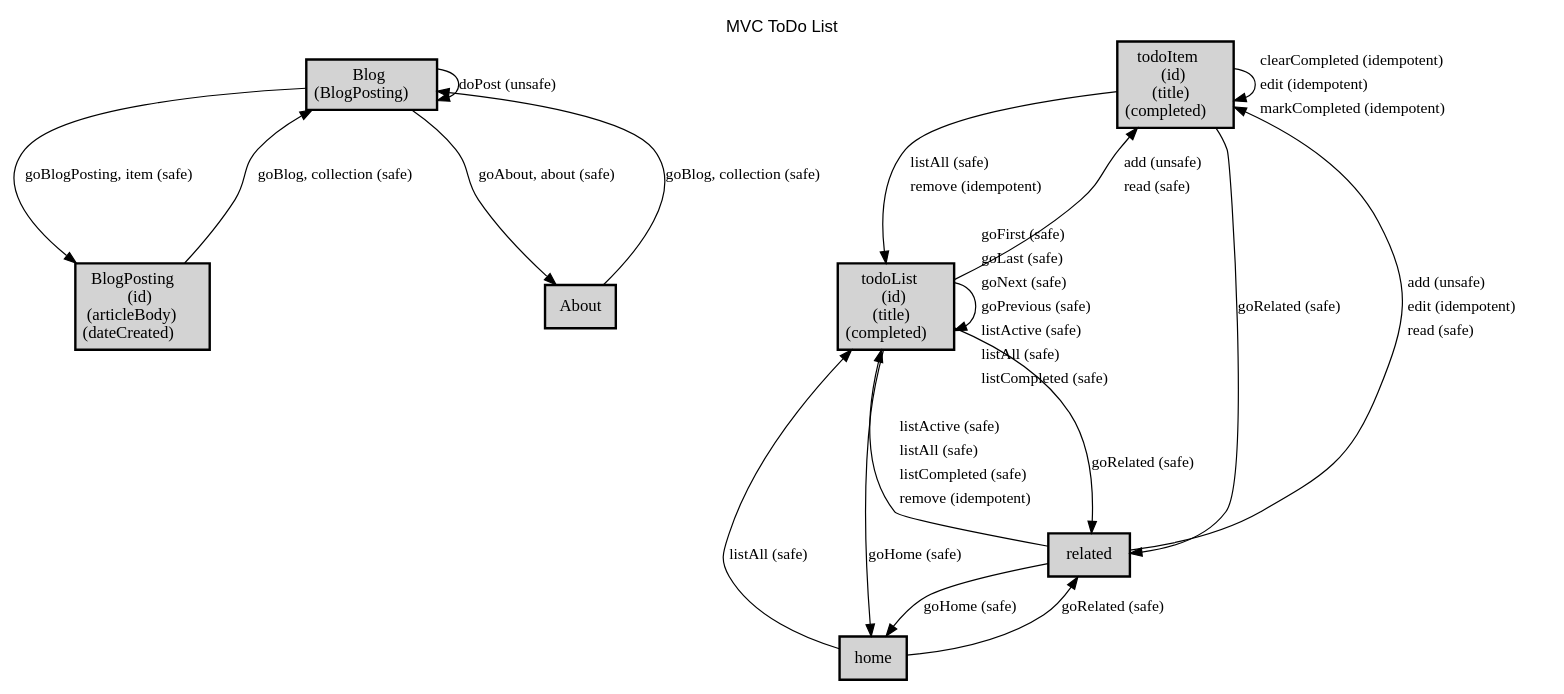
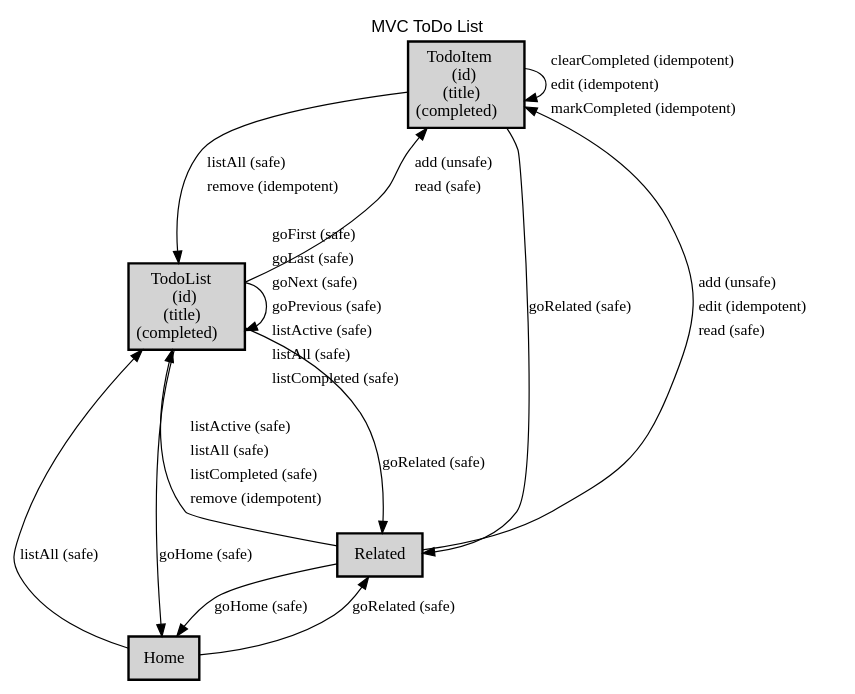
One commit to alps-asd/app-state-diagram changed the diagram in docs/todomvc/profile.dot. Above: the diagram before and after it, drawn with Graphviz. The commit also changed 28 other files, not shown here.

```diff
--- a/docs/todomvc/profile.dot
+++ b/docs/todomvc/profile.dot
@@ -1,37 +1,29 @@
 digraph application_state_diagram {
   graph [
     labelloc="t";
     fontname="Helvetica"
     label="MVC ToDo List";
     URL="index.html" target="_parent"
   ];
   node [shape = box, style = "bold,filled" fillcolor="lightgray"];
 
-    Blog [margin=0.02, label=<<table cellspacing="0" cellpadding="5" border="0"><tr><td>Blog<br />(BlogPosting)<br /></td></tr></table>>,shape=box URL="docs/semantic.Blog.html" target="_parent"]
-    BlogPosting [margin=0.02, label=<<table cellspacing="0" cellpadding="5" border="0"><tr><td>BlogPosting<br />(id)<br />(articleBody)<br />(dateCreated)<br /></td></tr></table>>,shape=box URL="docs/semantic.BlogPosting.html" target="_parent"]
-    todoItem [margin=0.02, label=<<table cellspacing="0" cellpadding="5" border="0"><tr><td>todoItem<br />(id)<br />(title)<br />(completed)<br /></td></tr></table>>,shape=box URL="docs/semantic.todoItem.html" target="_parent"]
-    todoList [margin=0.02, label=<<table cellspacing="0" cellpadding="5" border="0"><tr><td>todoList<br />(id)<br />(title)<br />(completed)<br /></td></tr></table>>,shape=box URL="docs/semantic.todoList.html" target="_parent"]
+    TodoItem [margin=0.02, label=<<table cellspacing="0" cellpadding="5" border="0"><tr><td>TodoItem<br />(id)<br />(title)<br />(completed)<br /></td></tr></table>>,shape=box URL="docs/semantic.TodoItem.html" target="_parent"]
+    TodoList [margin=0.02, label=<<table cellspacing="0" cellpadding="5" border="0"><tr><td>TodoList<br />(id)<br />(title)<br />(completed)<br /></td></tr></table>>,shape=box URL="docs/semantic.TodoList.html" target="_parent"]
 
-    About -> Blog [label = <goBlog, collection (safe)> URL="docs/safe.goBlog.html" target="_parent" fontsize=13];
-    Blog -> About [label = <goAbout, about (safe)> URL="docs/safe.goAbout.html" target="_parent" fontsize=13];
-    Blog -> Blog [label = <doPost (unsafe)> URL="docs/unsafe.doPost.html" target="_parent" fontsize=13];
-    Blog -> BlogPosting [label = <goBlogPosting, item (safe)> URL="docs/safe.goBlogPosting.html" target="_parent" fontsize=13];
-    BlogPosting -> Blog [label = <goBlog, collection (safe)> URL="docs/safe.goBlog.html" target="_parent" fontsize=13];
-    home -> related [label = <goRelated (safe)> URL="docs/safe.goRelated.html" target="_parent" fontsize=13];
-    home -> todoList [label = <listAll (safe)> URL="docs/safe.listAll.html" target="_parent" fontsize=13];
-    related -> home [label = <goHome (safe)> URL="docs/safe.goHome.html" target="_parent" fontsize=13];
-    related -> todoItem [label=<<table  border="0"><tr><td align="left" href="docs/unsafe.add.html">add (unsafe)</td></tr><tr><td align="left" href="docs/idempotent.edit.html">edit (idempotent)</td></tr><tr><td align="left" href="docs/safe.read.html">read (safe)</td></tr></table>> fontsize=13];
-    related -> todoList [label=<<table  border="0"><tr><td align="left" href="docs/safe.listActive.html">listActive (safe)</td></tr><tr><td align="left" href="docs/safe.listAll.html">listAll (safe)</td></tr><tr><td align="left" href="docs/safe.listCompleted.html">listCompleted (safe)</td></tr><tr><td align="left" href="docs/idempotent.remove.html">remove (idempotent)</td></tr></table>> fontsize=13];
-    todoItem -> related [label = <goRelated (safe)> URL="docs/safe.goRelated.html" target="_parent" fontsize=13];
-    todoItem -> todoItem [label=<<table  border="0"><tr><td align="left" href="docs/idempotent.clearCompleted.html">clearCompleted (idempotent)</td></tr><tr><td align="left" href="docs/idempotent.edit.html">edit (idempotent)</td></tr><tr><td align="left" href="docs/idempotent.markCompleted.html">markCompleted (idempotent)</td></tr></table>> fontsize=13];
-    todoItem -> todoList [label=<<table  border="0"><tr><td align="left" href="docs/safe.listAll.html">listAll (safe)</td></tr><tr><td align="left" href="docs/idempotent.remove.html">remove (idempotent)</td></tr></table>> fontsize=13];
-    todoList -> home [label = <goHome (safe)> URL="docs/safe.goHome.html" target="_parent" fontsize=13];
-    todoList -> related [label = <goRelated (safe)> URL="docs/safe.goRelated.html" target="_parent" fontsize=13];
-    todoList -> todoItem [label=<<table  border="0"><tr><td align="left" href="docs/unsafe.add.html">add (unsafe)</td></tr><tr><td align="left" href="docs/safe.read.html">read (safe)</td></tr></table>> fontsize=13];
-    todoList -> todoList [label=<<table  border="0"><tr><td align="left" href="docs/safe.goFirst.html">goFirst (safe)</td></tr><tr><td align="left" href="docs/safe.goLast.html">goLast (safe)</td></tr><tr><td align="left" href="docs/safe.goNext.html">goNext (safe)</td></tr><tr><td align="left" href="docs/safe.goPrevious.html">goPrevious (safe)</td></tr><tr><td align="left" href="docs/safe.listActive.html">listActive (safe)</td></tr><tr><td align="left" href="docs/safe.listAll.html">listAll (safe)</td></tr><tr><td align="left" href="docs/safe.listCompleted.html">listCompleted (safe)</td></tr></table>> fontsize=13];
+    Home -> Related [label = <goRelated (safe)> URL="docs/safe.goRelated.html" target="_parent" fontsize=13];
+    Home -> TodoList [label = <listAll (safe)> URL="docs/safe.listAll.html" target="_parent" fontsize=13];
+    Related -> Home [label = <goHome (safe)> URL="docs/safe.goHome.html" target="_parent" fontsize=13];
+    Related -> TodoItem [label=<<table  border="0"><tr><td align="left" href="docs/unsafe.add.html">add (unsafe)</td></tr><tr><td align="left" href="docs/idempotent.edit.html">edit (idempotent)</td></tr><tr><td align="left" href="docs/safe.read.html">read (safe)</td></tr></table>> fontsize=13];
+    Related -> TodoList [label=<<table  border="0"><tr><td align="left" href="docs/safe.listActive.html">listActive (safe)</td></tr><tr><td align="left" href="docs/safe.listAll.html">listAll (safe)</td></tr><tr><td align="left" href="docs/safe.listCompleted.html">listCompleted (safe)</td></tr><tr><td align="left" href="docs/idempotent.remove.html">remove (idempotent)</td></tr></table>> fontsize=13];
+    TodoItem -> Related [label = <goRelated (safe)> URL="docs/safe.goRelated.html" target="_parent" fontsize=13];
+    TodoItem -> TodoItem [label=<<table  border="0"><tr><td align="left" href="docs/idempotent.clearCompleted.html">clearCompleted (idempotent)</td></tr><tr><td align="left" href="docs/idempotent.edit.html">edit (idempotent)</td></tr><tr><td align="left" href="docs/idempotent.markCompleted.html">markCompleted (idempotent)</td></tr></table>> fontsize=13];
+    TodoItem -> TodoList [label=<<table  border="0"><tr><td align="left" href="docs/safe.listAll.html">listAll (safe)</td></tr><tr><td align="left" href="docs/idempotent.remove.html">remove (idempotent)</td></tr></table>> fontsize=13];
+    TodoList -> Home [label = <goHome (safe)> URL="docs/safe.goHome.html" target="_parent" fontsize=13];
+    TodoList -> Related [label = <goRelated (safe)> URL="docs/safe.goRelated.html" target="_parent" fontsize=13];
+    TodoList -> TodoItem [label=<<table  border="0"><tr><td align="left" href="docs/unsafe.add.html">add (unsafe)</td></tr><tr><td align="left" href="docs/safe.read.html">read (safe)</td></tr></table>> fontsize=13];
+    TodoList -> TodoList [label=<<table  border="0"><tr><td align="left" href="docs/safe.goFirst.html">goFirst (safe)</td></tr><tr><td align="left" href="docs/safe.goLast.html">goLast (safe)</td></tr><tr><td align="left" href="docs/safe.goNext.html">goNext (safe)</td></tr><tr><td align="left" href="docs/safe.goPrevious.html">goPrevious (safe)</td></tr><tr><td align="left" href="docs/safe.listActive.html">listActive (safe)</td></tr><tr><td align="left" href="docs/safe.listAll.html">listAll (safe)</td></tr><tr><td align="left" href="docs/safe.listCompleted.html">listCompleted (safe)</td></tr></table>> fontsize=13];
 
-    About [label = <About> URL="docs/semantic.About.html" target="_parent"]
-    home [label = <home> URL="docs/semantic.home.html" target="_parent"]
-    related [label = <related> URL="docs/semantic.related.html" target="_parent"]
+    Home [label = <Home> URL="docs/semantic.Home.html" target="_parent"]
+    Related [label = <Related> URL="docs/semantic.Related.html" target="_parent"]
 
 }
```
